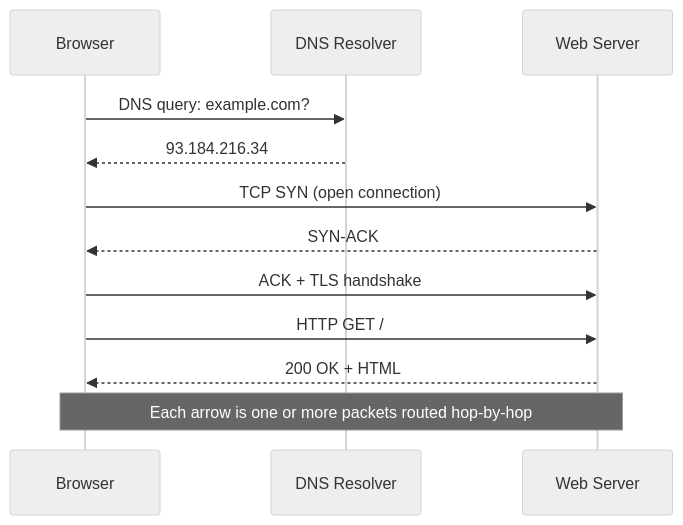
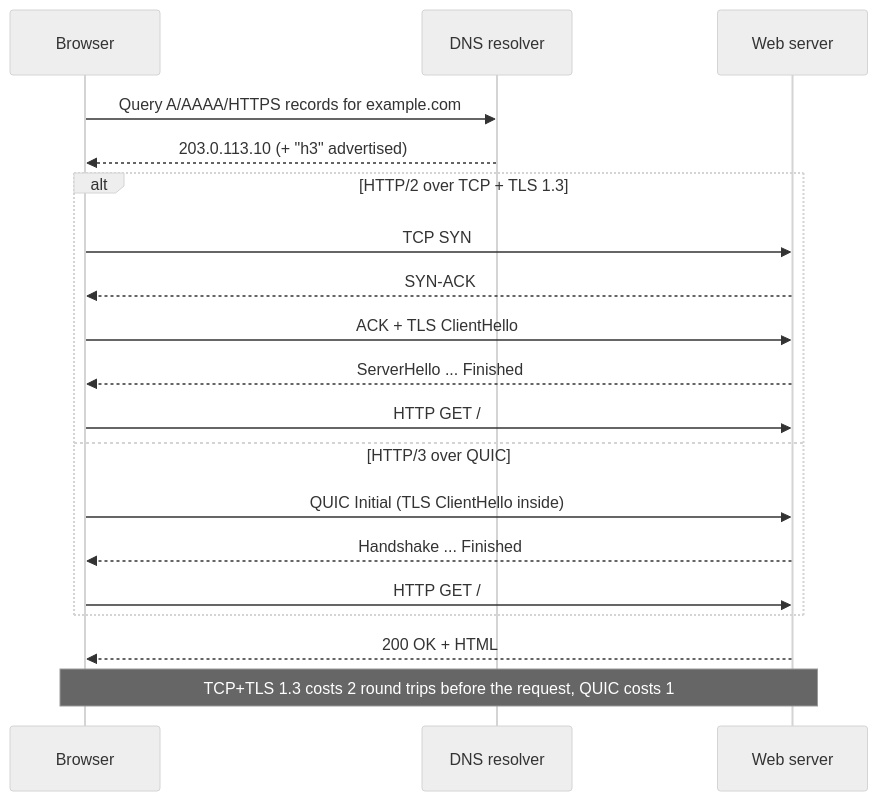
One commit to AndrewAltimit/Documentation changed the first of 2 diagrams in github-pages/docs/technology/networking/index.md. Above: the diagram before and after it, drawn with Mermaid (neutral theme). The commit also changed other lines of this file and 240 other files, not shown here.

````diff
--- a/github-pages/docs/technology/networking/index.md
+++ b/github-pages/docs/technology/networking/index.md
@@ -24,14 +20,21 @@
 ```mermaid
 sequenceDiagram
     participant B as Browser
-    participant D as DNS Resolver
-    participant S as Web Server
-    B->>D: DNS query: example.com?
-    D-->>B: 93.184.216.34
-    B->>S: TCP SYN (open connection)
-    S-->>B: SYN-ACK
-    B->>S: ACK + TLS handshake
-    B->>S: HTTP GET /
+    participant R as DNS resolver
+    participant S as Web server
+    B->>R: Query A/AAAA/HTTPS records for example.com
+    R-->>B: 203.0.113.10 (+ "h3" advertised)
+    alt HTTP/2 over TCP + TLS 1.3
+        B->>S: TCP SYN
+        S-->>B: SYN-ACK
+        B->>S: ACK + TLS ClientHello
+        S-->>B: ServerHello ... Finished
+        B->>S: HTTP GET /
+    else HTTP/3 over QUIC
+        B->>S: QUIC Initial (TLS ClientHello inside)
+        S-->>B: Handshake ... Finished
+        B->>S: HTTP GET /
+    end
     S-->>B: 200 OK + HTML
-    Note over B,S: Each arrow is one or more packets routed hop-by-hop
+    Note over B,S: TCP+TLS 1.3 costs 2 round trips before the request, QUIC costs 1
 ```
````
